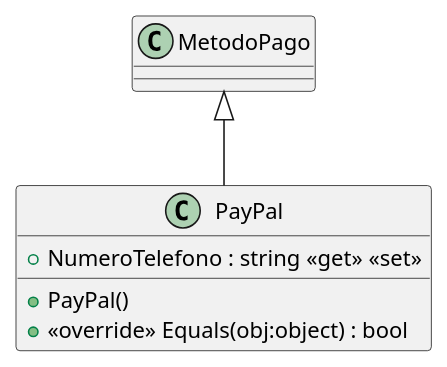
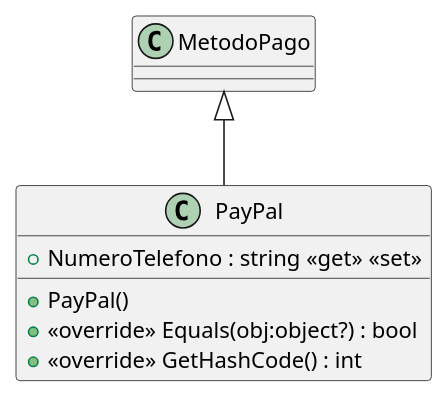
The diagram in src/AppForSEII.API/ClassDiagram/PayPal.puml (ISII2627NPA/ISII2627NPA), drawn with PlantUML before and after one commit. The commit also changed 3 other files, not shown here.

Commit message:
actualizar clase PayPal y diagramas UML asociados

```diff
--- a/src/AppForSEII.API/ClassDiagram/PayPal.puml
+++ b/src/AppForSEII.API/ClassDiagram/PayPal.puml
@@ -1,8 +1,9 @@
 @startuml
 class PayPal {
     + NumeroTelefono : string <<get>> <<set>>
     + PayPal()
-    + <<override>> Equals(obj:object) : bool
+    + <<override>> Equals(obj:object?) : bool
+    + <<override>> GetHashCode() : int
 }
 MetodoPago <|-- PayPal
 @enduml
```
